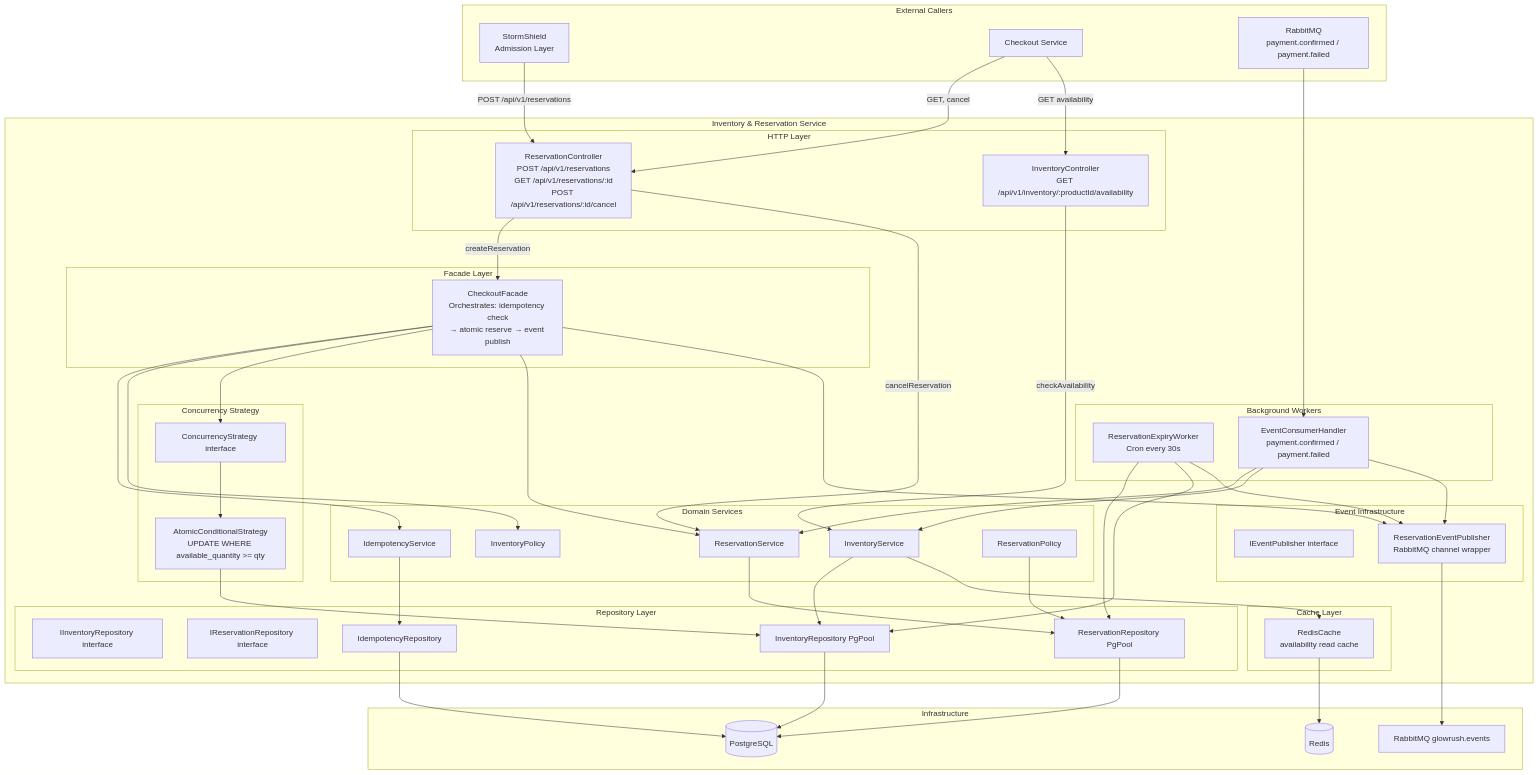
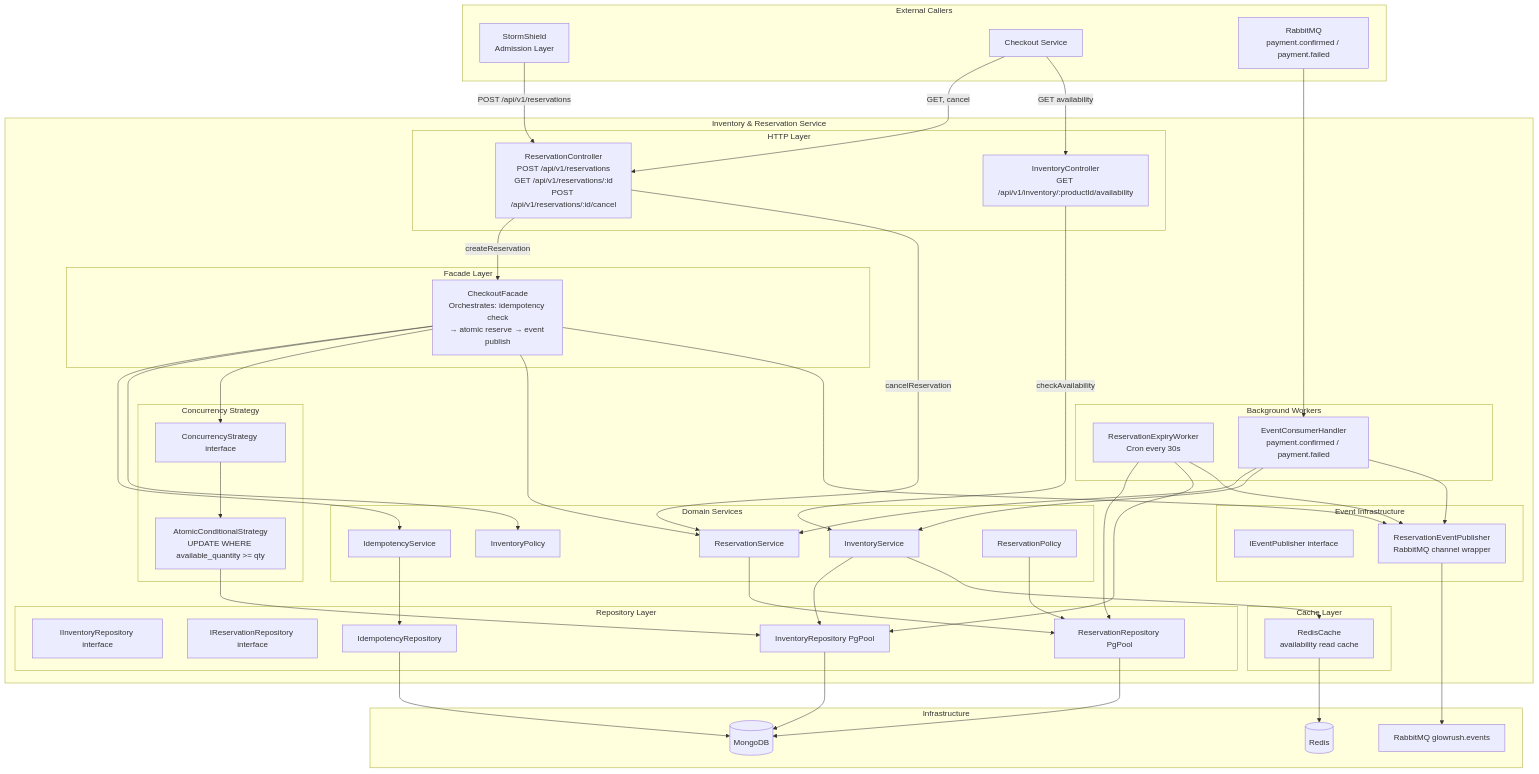
One commit to DharunKumar-K/sd changed the diagram in 03_LLD/01_INVENTORY_COMPONENT_DIAGRAM.md. Above: the diagram before and after it, drawn with Mermaid. The commit also changed other lines of this file and 40 other files, not shown here.

Commit message:
chore: migrate architecture documentation from PostgreSQL to MongoDB as per ADR-MONGODB-001

```diff
--- a/03_LLD/01_INVENTORY_COMPONENT_DIAGRAM.md
+++ b/03_LLD/01_INVENTORY_COMPONENT_DIAGRAM.md
@@ -71,7 +71,7 @@
     end
 
     subgraph "Infrastructure"
-        PG[(PostgreSQL)]
+        PG[(MongoDB)]
         REDIS[(Redis)]
         RMQOUT[RabbitMQ glowrush.events]
     end
```
